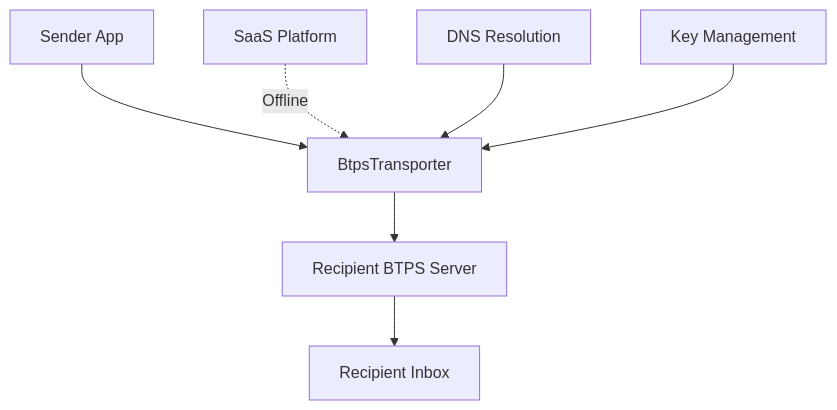
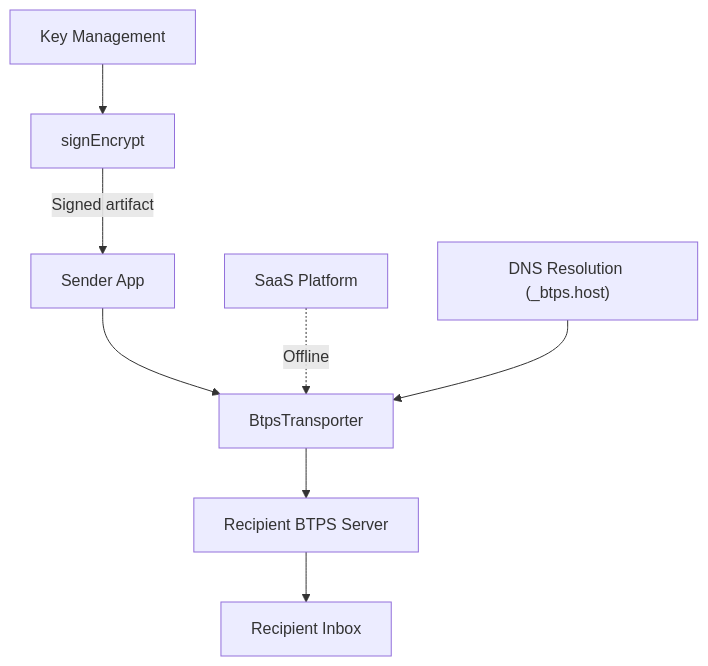
The first of 2 diagrams in docs/docusaurus/docs/client/btpsTransporter/overview.md (openbtps/btps-node), drawn with Mermaid before and after one commit. The commit also changed other lines of this file and 26 other files, not shown here.

First line of the commit message:
Docs: bring every diagram in line with 1.1

````diff
--- a/docs/docusaurus/docs/client/btpsTransporter/overview.md
+++ b/docs/docusaurus/docs/client/btpsTransporter/overview.md
@@ -12,10 +12,11 @@
 ```mermaid
 graph TD
-    A[Sender App] --> B[BtpsTransporter]
+    G[Key Management] --> S[signEncrypt]
+    S -->|Signed artifact| A[Sender App]
+    A --> B[BtpsTransporter]
     B --> C[Recipient BTPS Server]
     C --> D[Recipient Inbox]
 
     E[SaaS Platform] -.->|Offline| B
-    F[DNS Resolution] --> B
-    G[Key Management] --> B
+    F["DNS Resolution (_btps.host)"] --> B
 ```
````
